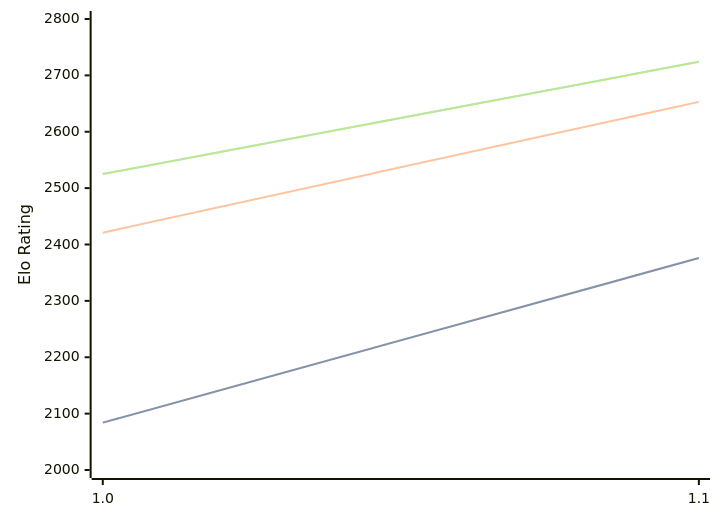
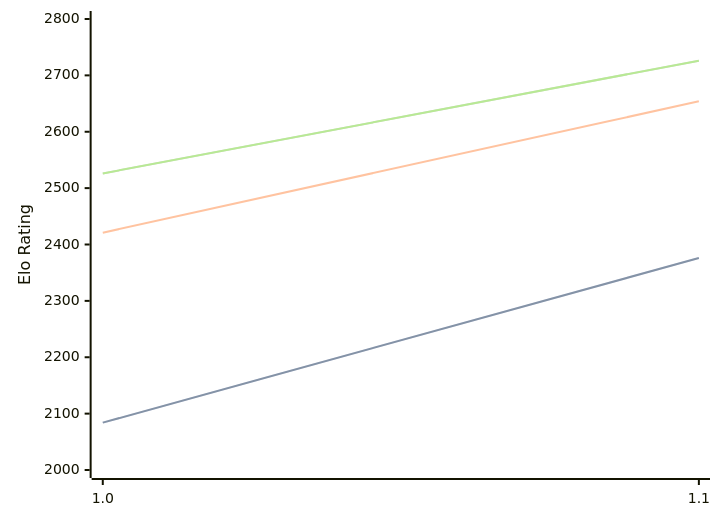
Before and after one commit to computer-chess-index/cci: the diagram in engines/Erinn.md, drawn with Mermaid. The commit also changed other lines of this file, not shown here.

Commit message:
Update CCI Ratings (ELO VLTC) - 2026-08-21

````diff
--- a/engines/Erinn.md
+++ b/engines/Erinn.md
@@ -32,11 +32,11 @@
 ```mermaid
 %%{init: {"theme":"base","themeVariables":{"seriesColors:['#a3a3a3','#222221','#faa371']}}}%%
 xychart-beta
   x-axis ["1.0", "1.1"]
   y-axis "Elo Rating" 2000 --> 2800
   line "STC (8.0+0.08s)" [2084, 2376]
   line "STC (8.0+0.08s)" [2084, 2376]
-  line "LTC (60.0+0.60s)" [2421, 2653]
-  line "VLTC (2m24s+1.12s)" [2525, 2724]
-  line "VLTC (2m24s+1.12s)" [2525, 2724]
+  line "LTC (60.0+0.60s)" [2421, 2654]
+  line "VLTC (2m24s+1.12s)" [2526, 2726]
+  line "VLTC (2m24s+1.12s)" [2526, 2726]
 ```
````
